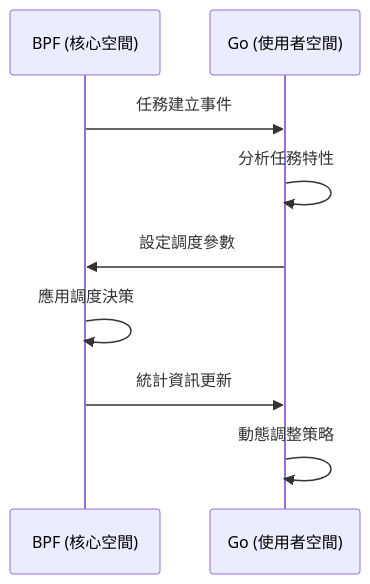
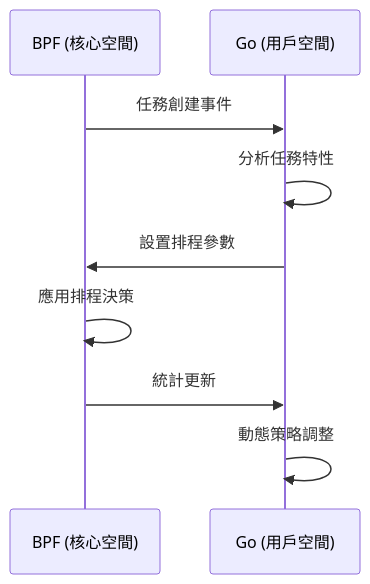
Before and after one commit to Gthulhu/docs: the sixth of 6 diagrams in docs/how-it-works.md, drawn with Mermaid. The commit also changed other lines of this file and 1 other file, not shown here.

````diff
--- a/docs/how-it-works.md
+++ b/docs/how-it-works.md
@@ -206,12 +267,12 @@
 ```mermaid
 sequenceDiagram
     participant K as BPF (核心空間)
-    participant U as Go (使用者空間)
+    participant U as Go (用戶空間)
     
-    K->>U: 任務建立事件
+    K->>U: 任務創建事件
     U->>U: 分析任務特性
-    U->>K: 設定調度參數
-    K->>K: 應用調度決策
-    K->>U: 統計資訊更新
-    U->>U: 動態調整策略
+    U->>K: 設置排程參數
+    K->>K: 應用排程決策
+    K->>U: 統計更新
+    U->>U: 動態策略調整
 ```
````
